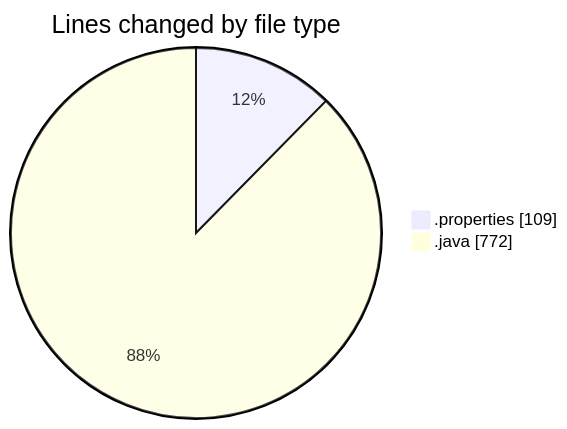
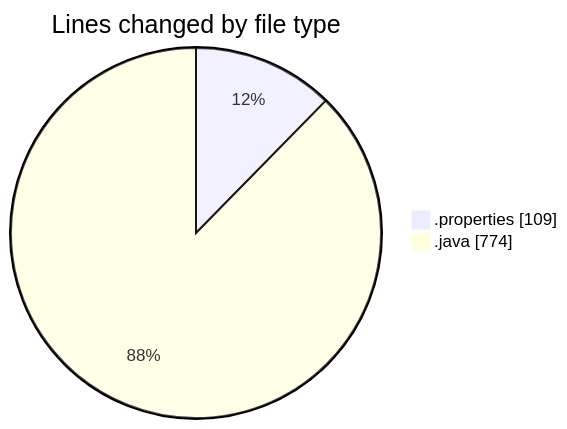
One commit to ricardozamudiocil/code-tracking changed the first of 2 diagrams in 2026-06-09/cilreports__workspace_/README.md. Above: the diagram before and after it, drawn with Mermaid. The commit also changed other lines of this file and 1 other file, not shown here.

````diff
--- a/2026-06-09/cilreports__workspace_/README.md
+++ b/2026-06-09/cilreports__workspace_/README.md
@@ -23,6 +23,6 @@
 ```mermaid
 pie showData
 title Lines changed by file type
 ".properties" : 109
-".java" : 772
+".java" : 774
 ```
````
